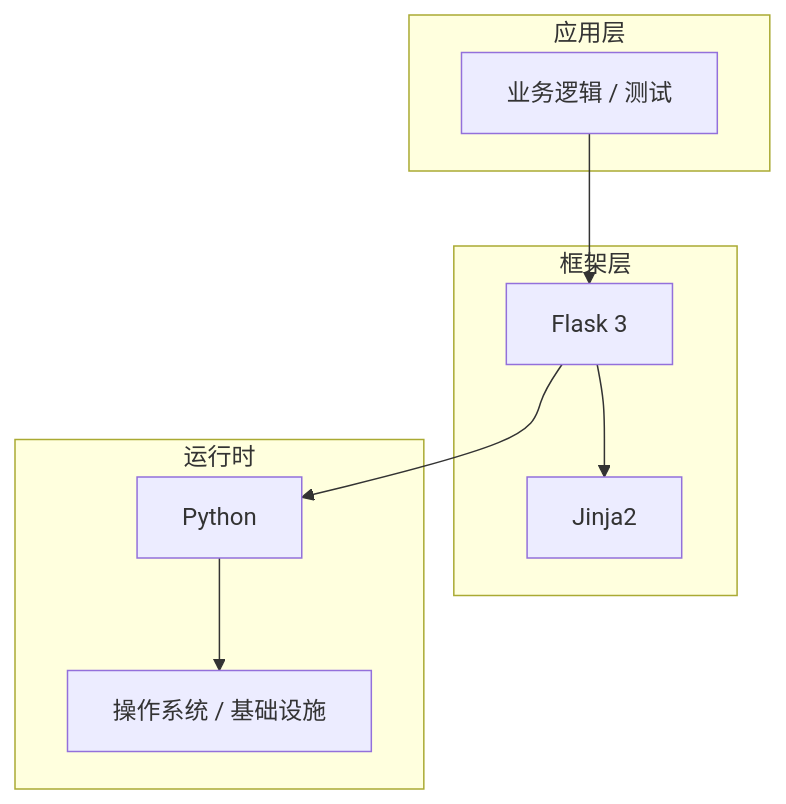
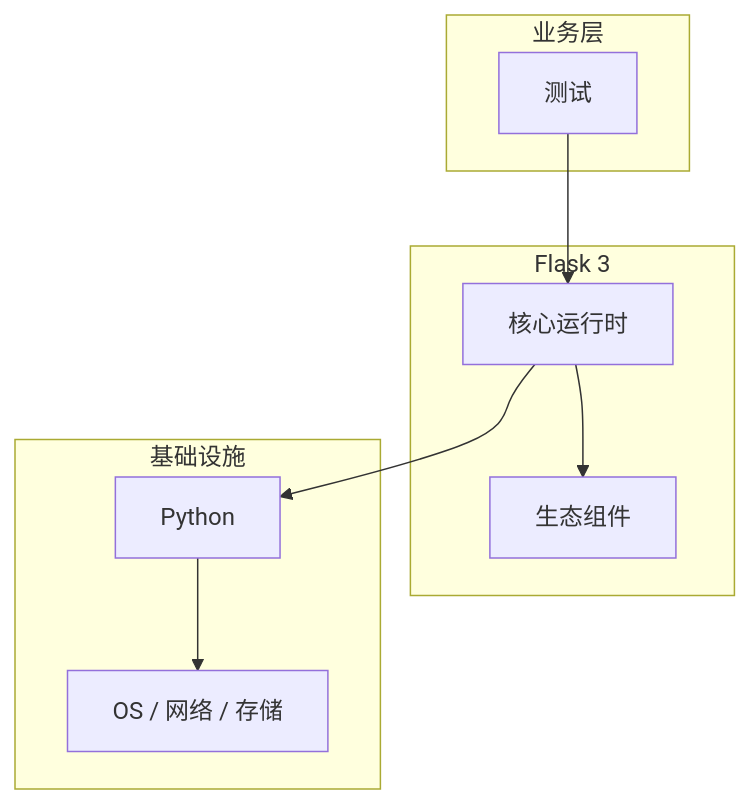
One commit to yanggan2015/knowledge-json-v2 changed the diagram in articles/Flask/chapters/046-测试核心概念与原理.md. Above: the diagram before and after it, drawn with Mermaid. The commit also changed other lines of this file and 10127 other files, not shown here.

````diff
--- a/articles/Flask/chapters/046-测试核心概念与原理.md
+++ b/articles/Flask/chapters/046-测试核心概念与原理.md
@@ -45,18 +34,18 @@
 ```mermaid
 graph TB
-    subgraph 应用层
-        A[业务逻辑 / 测试]
+    subgraph 业务层
+        A[测试]
     end
-    subgraph 框架层
-        B[Flask 3]
-        C[Jinja2]
+    subgraph Flask 3
+        B[核心运行时]
+        C[生态组件]
     end
-    subgraph 运行时
+    subgraph 基础设施
         D[Python]
-        E[操作系统 / 基础设施]
+        E[OS / 网络 / 存储]
     end
     A --> B
     B --> C
     B --> D
     D --> E
 ```
````
